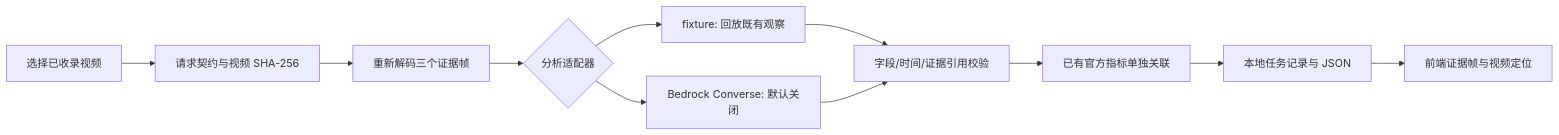
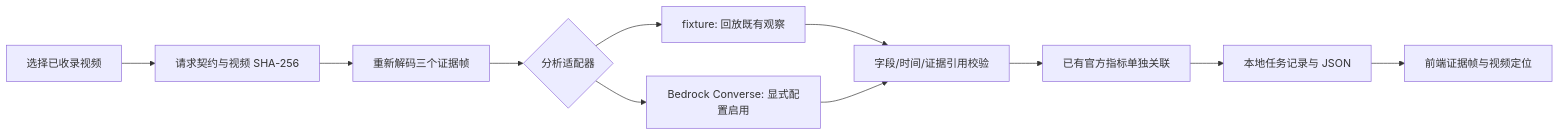
Before and after one commit to xyh202131/aws-nba: the diagram in docs/AGENT_SKELETON.md, drawn with Mermaid. The commit also changed other lines of this file and 58 other files, not shown here.

````diff
--- a/docs/AGENT_SKELETON.md
+++ b/docs/AGENT_SKELETON.md
@@ -26,13 +26,13 @@
 ```mermaid
 flowchart LR
   A[选择已收录视频] --> B[请求契约与视频 SHA-256]
   B --> C[重新解码三个证据帧]
   C --> D{分析适配器}
   D --> E[fixture: 回放既有观察]
-  D --> F[Bedrock Converse: 默认关闭]
+  D --> F[Bedrock Converse: 显式配置启用]
   E --> G[字段/时间/证据引用校验]
   F --> G
   G --> H[已有官方指标单独关联]
   H --> I[本地任务记录与 JSON]
   I --> J[前端证据帧与视频定位]
 ```
````
